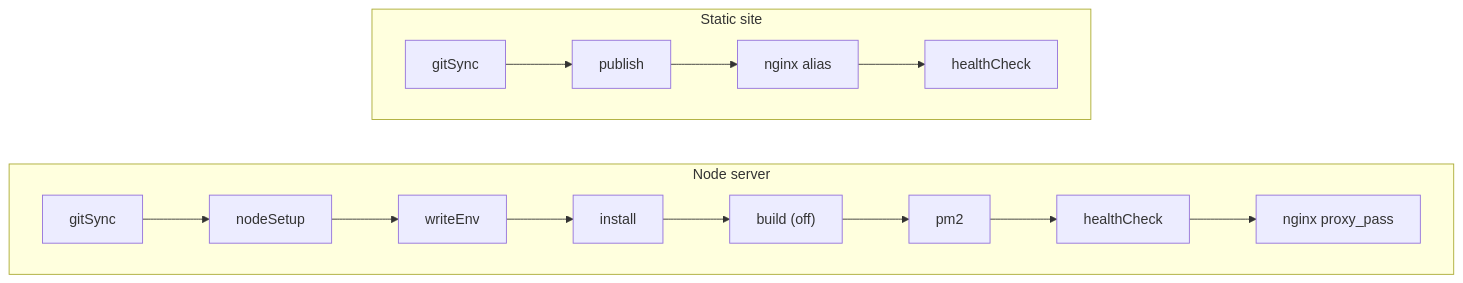
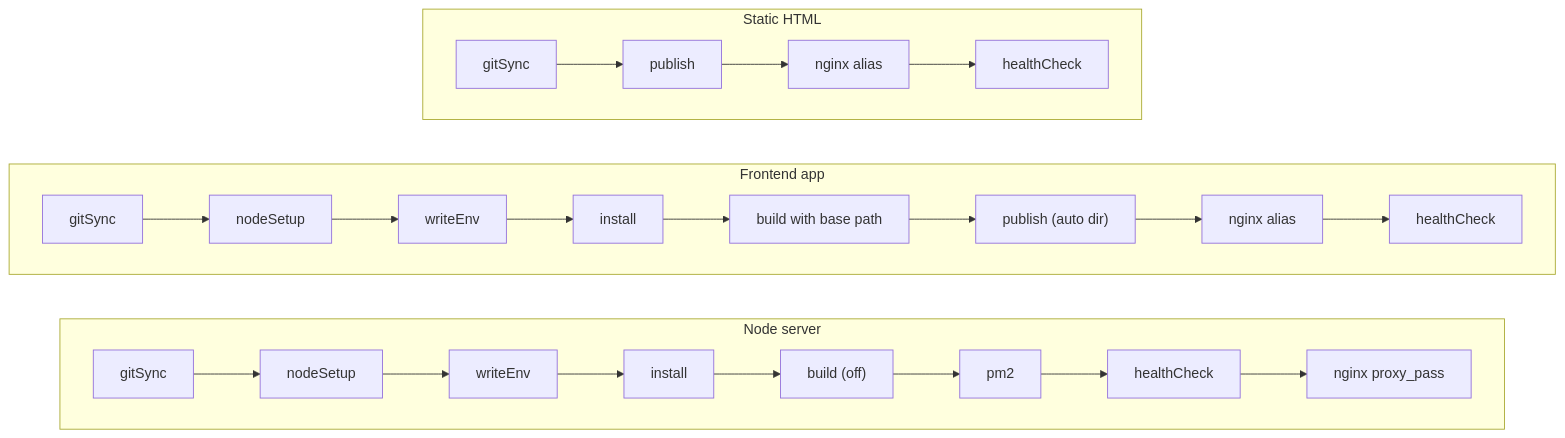
Before and after one commit to ashwinn-si/DeploymentMaintainer: the sixth of 9 diagrams in understand/how-it-works.md, drawn with Mermaid. The commit also changed other lines of this file and 2 other files, not shown here.

Commit message:
docs: document frontend builds and auto-detection with mermaid diagrams

````diff
--- a/understand/how-it-works.md
+++ b/understand/how-it-works.md
@@ -164,11 +164,15 @@
 ```mermaid
 flowchart LR
     subgraph Node["Node server"]
         direction LR
         n1["gitSync"] --> n2["nodeSetup"] --> n3["writeEnv"] --> n4["install"] --> n5["build (off)"] --> n6["pm2"] --> n7["healthCheck"] --> n8["nginx proxy_pass"]
     end
-    subgraph Static["Static site"]
+    subgraph Frontend["Frontend app"]
+        direction LR
+        f1["gitSync"] --> f2["nodeSetup"] --> f3["writeEnv"] --> f4["install"] --> f5["build with base path"] --> f6["publish (auto dir)"] --> f7["nginx alias"] --> f8["healthCheck"]
+    end
+    subgraph Static["Static HTML"]
         direction LR
         s1["gitSync"] --> s2["publish"] --> s3["nginx alias"] --> s4["healthCheck"]
     end
 ```
````
